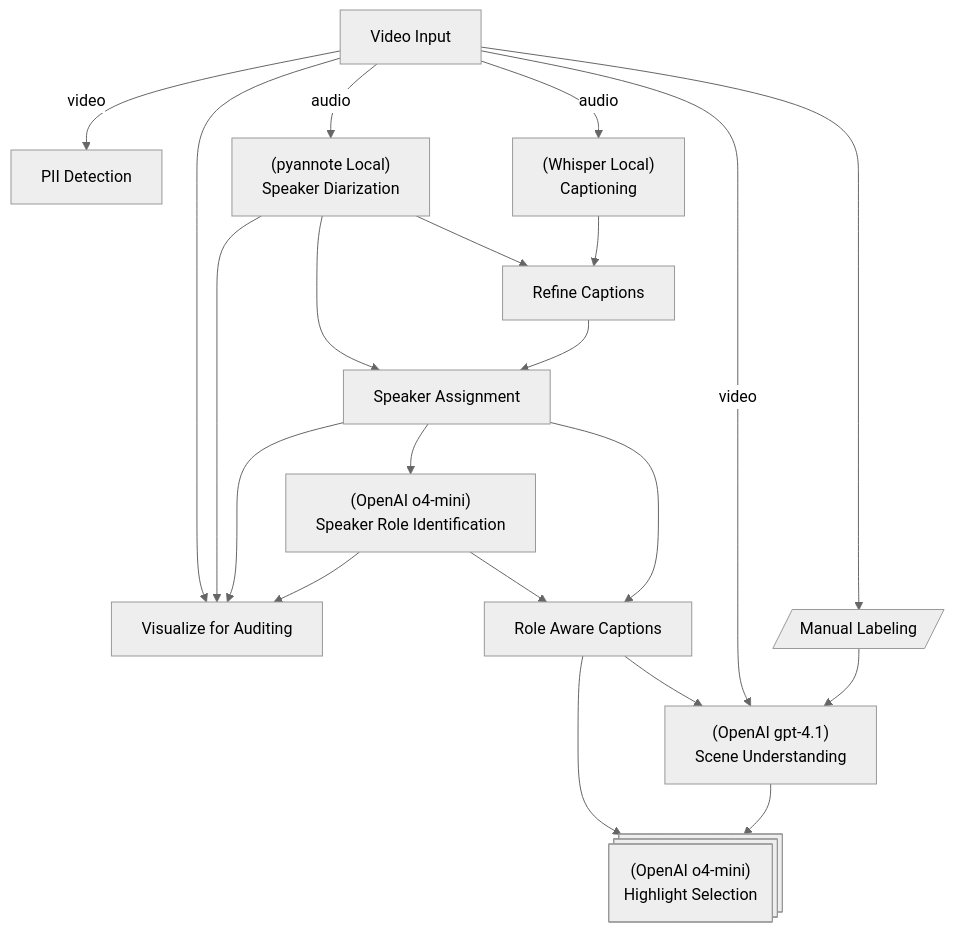
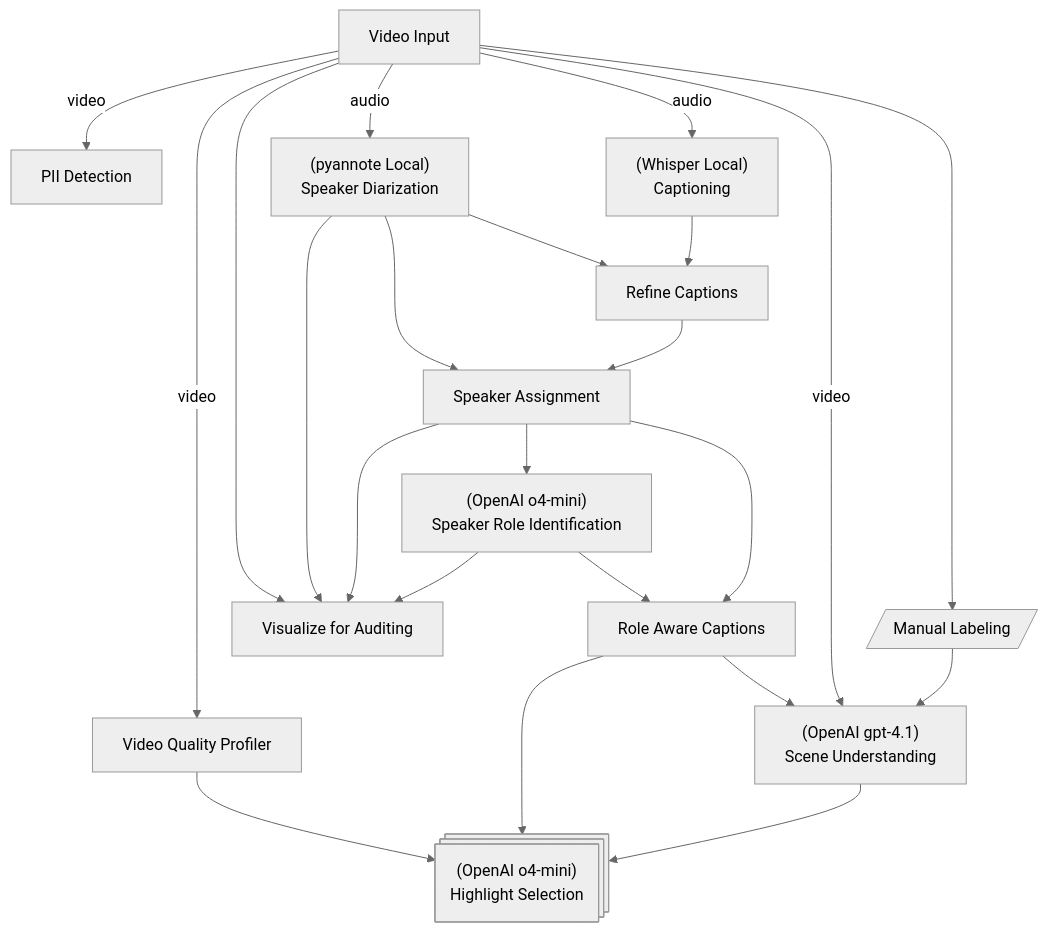
The first of 3 diagrams in src/video_understanding/README.md (hirak99/video-summarizer), drawn with Mermaid (neutral theme) before and after one commit.

Commit message:
docs(video): updated graph

````diff
--- a/src/video_understanding/README.md
+++ b/src/video_understanding/README.md
@@ -13,25 +13,27 @@
 ```mermaid
 flowchart TD;
     A[Video Input]
     A -- video --> M[PII Detection]
+    A -- video --> VideoQualityProfiler[Video Quality Profiler]
+    VideoQualityProfiler --> HighlightSel
     A --> I
     Diarization --> I[Visualize for Auditing]
     D --> I
     F --> I
     A -- audio --> Diarization["(pyannote Local)<br>"Speaker Diarization]
     A -- audio --> Captioning["(Whisper Local)<br>"Captioning]
     Diarization --> D
     Diarization --> RefineCaptions
     Captioning --> RefineCaptions[Refine Captions]
     RefineCaptions --> D[Speaker Assignment]
     D --> F["(OpenAI o4-mini)<br>"Speaker Role Identification];
     F --> K[Role Aware Captions]
     D --> K
     K --> HighlightSel["(OpenAI o4-mini)<br>"Highlight Selection]
     A -- video --> N["(OpenAI gpt-4.1)<br>Scene Understanding"]
     A --> LABELS["Manual Labeling"] --> N
     K --> N
     N --> HighlightSel
     LABELS@{ shape: lean-r}
     HighlightSel@{ shape: procs}
 ```
````
